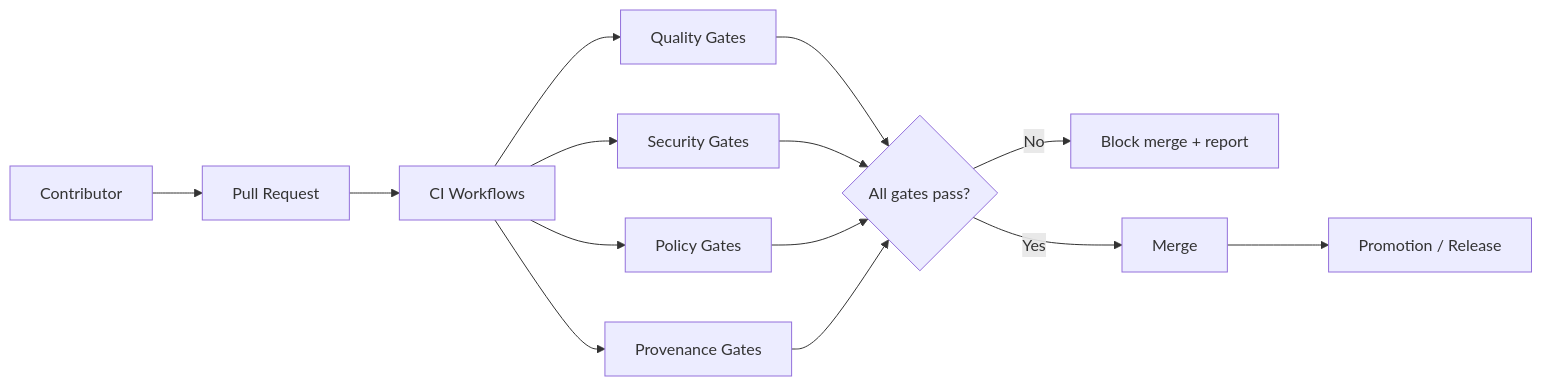
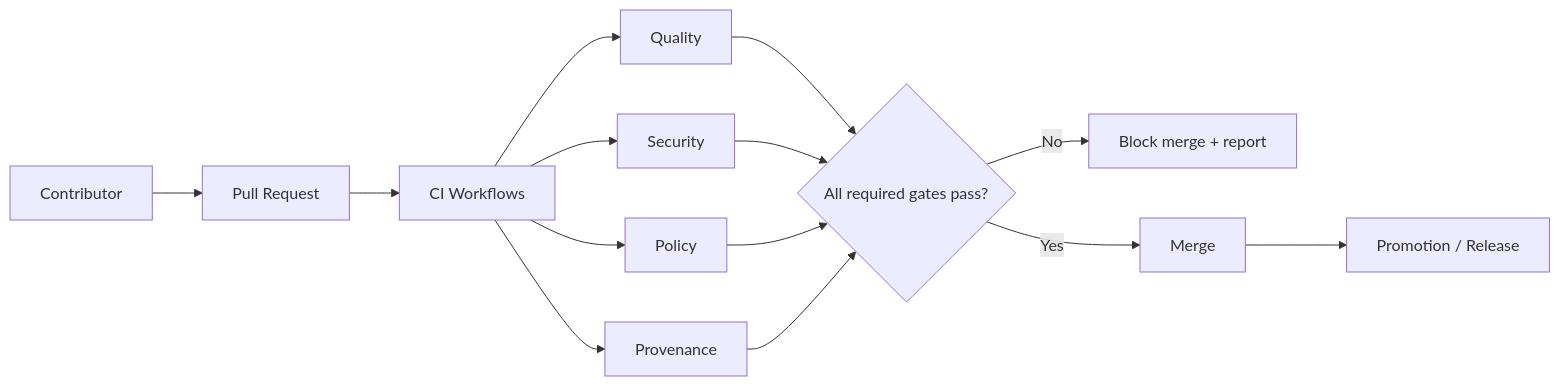
Before and after one commit to bartytime4life/Kansas-Frontier-Matrix: the first of 2 diagrams in .github/README.md, drawn with Mermaid. The commit also changed other lines of this file, not shown here.

````diff
--- a/.github/README.md
+++ b/.github/README.md
@@ -299,16 +368,16 @@
 ```mermaid
 flowchart LR
   dev[Contributor] --> pr[Pull Request]
   pr --> ci[CI Workflows]
-  ci --> quality[Quality Gates]
-  ci --> security[Security Gates]
-  ci --> policy[Policy Gates]
-  ci --> prov[Provenance Gates]
-  quality --> decision{All gates pass?}
-  security --> decision
-  policy --> decision
+  ci --> q[Quality]
+  ci --> s[Security]
+  ci --> p[Policy]
+  ci --> prov[Provenance]
+  q --> decision{All required gates pass?}
+  s --> decision
+  p --> decision
   prov --> decision
   decision -->|No| block[Block merge + report]
   decision -->|Yes| merge[Merge]
   merge --> promote[Promotion / Release]
 ```
````
